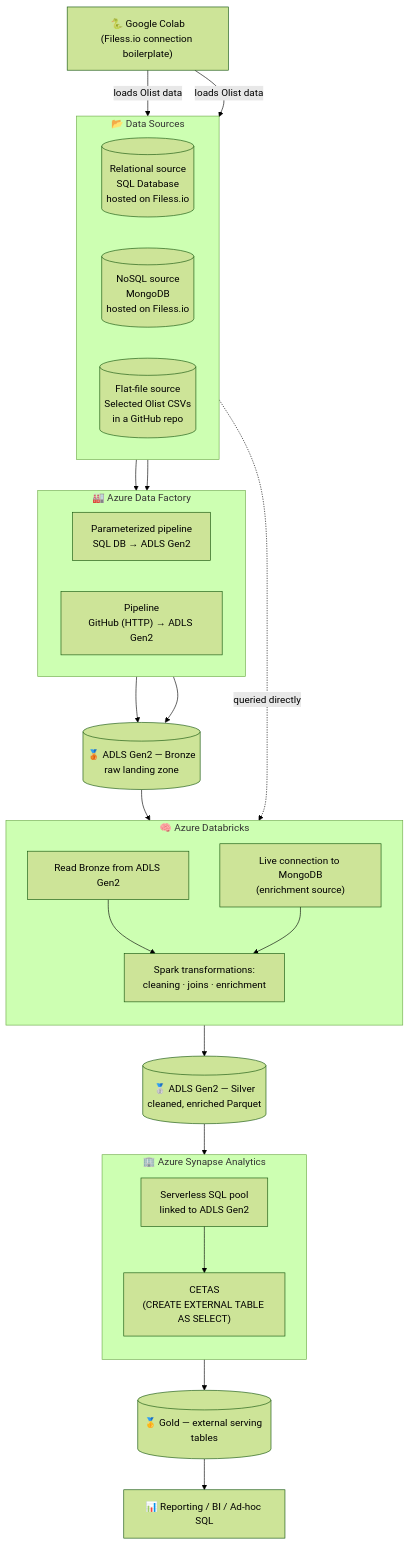
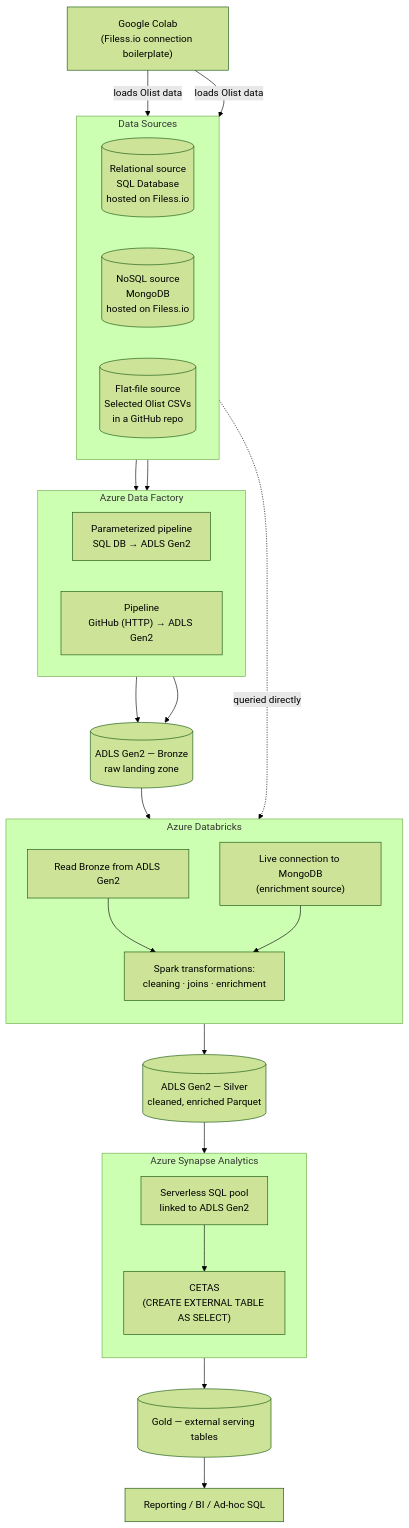
Before and after one commit to moizhassan101/Azure-Ecommerce-Data-Lakehouse-Medallion-Architecture: the diagram in README.md, drawn with Mermaid (forest theme). The commit also changed other lines of this file, not shown here.

````diff
--- a/README.md
+++ b/README.md
@@ -36,53 +36,53 @@
 ```mermaid
 flowchart TD
-    subgraph SRC["📂 Data Sources"]
+    subgraph SRC["Data Sources"]
         direction LR
         SQL[("Relational source\nSQL Database\nhosted on Filess.io")]
         MONGO[("NoSQL source\nMongoDB\nhosted on Filess.io")]
         GH[("Flat-file source\nSelected Olist CSVs\nin a GitHub repo")]
     end
 
-    COLAB["🐍 Google Colab\n(Filess.io connection boilerplate)"]
+    COLAB["Google Colab\n(Filess.io connection boilerplate)"]
     COLAB -->|"loads Olist data"| SQL
     COLAB -->|"loads Olist data"| MONGO
 
-    subgraph ADF["🏭 Azure Data Factory"]
+    subgraph ADF["Azure Data Factory"]
         direction LR
         P1["Parameterized pipeline\nSQL DB → ADLS Gen2"]
         P2["Pipeline\nGitHub (HTTP) → ADLS Gen2"]
     end
 
     SQL --> P1
     GH --> P2
 
-    BRONZE[("🥉 ADLS Gen2 — Bronze\nraw landing zone")]
+    BRONZE[("ADLS Gen2 — Bronze\nraw landing zone")]
     P1 --> BRONZE
     P2 --> BRONZE
 
-    subgraph DBX["🧠 Azure Databricks"]
+    subgraph DBX["Azure Databricks"]
         direction TB
         READ["Read Bronze from ADLS Gen2"]
         MCONN["Live connection to MongoDB\n(enrichment source)"]
         SPARK["Spark transformations:\ncleaning · joins · enrichment"]
         READ --> SPARK
         MCONN --> SPARK
     end
 
     MONGO -.->|"queried directly"| MCONN
     BRONZE --> READ
 
-    SILVER[("🥈 ADLS Gen2 — Silver\ncleaned, enriched Parquet")]
+    SILVER[("ADLS Gen2 — Silver\ncleaned, enriched Parquet")]
     SPARK --> SILVER
 
-    subgraph SYN["🏢 Azure Synapse Analytics"]
+    subgraph SYN["Azure Synapse Analytics"]
         direction TB
         LAKEDB["Serverless SQL pool\nlinked to ADLS Gen2"]
         CETAS["CETAS\n(CREATE EXTERNAL TABLE AS SELECT)"]
         LAKEDB --> CETAS
     end
 
     SILVER --> LAKEDB
-    GOLD[("🥇 Gold — external serving tables")]
+    GOLD[("Gold — external serving tables")]
     CETAS --> GOLD
-    GOLD --> BI["📊 Reporting / BI / Ad-hoc SQL"]
+    GOLD --> BI["Reporting / BI / Ad-hoc SQL"]
 ```
````
